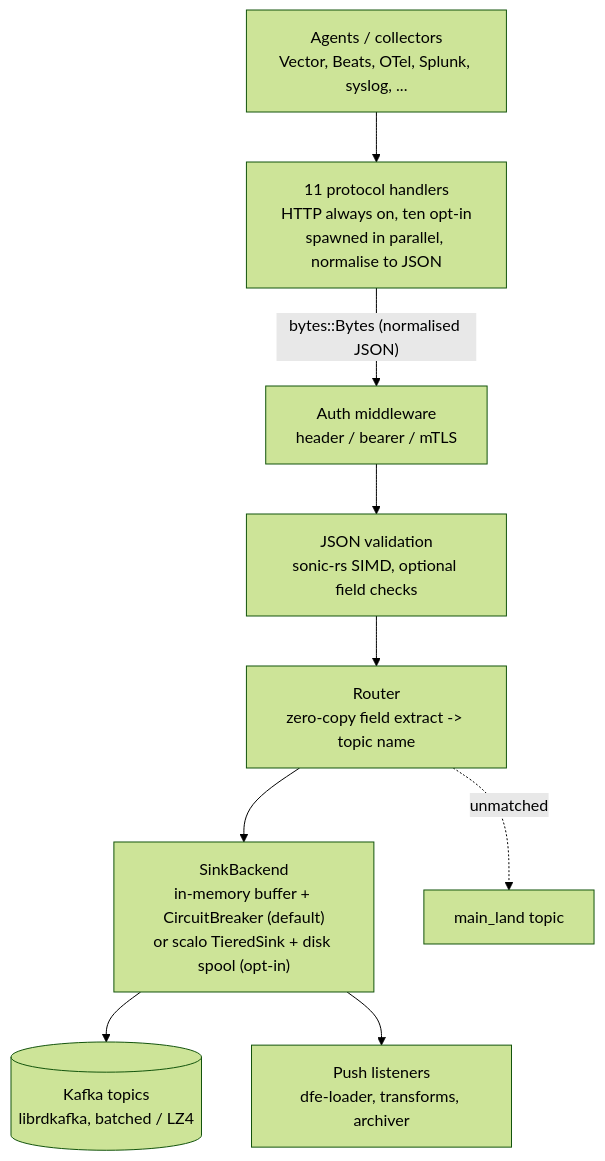
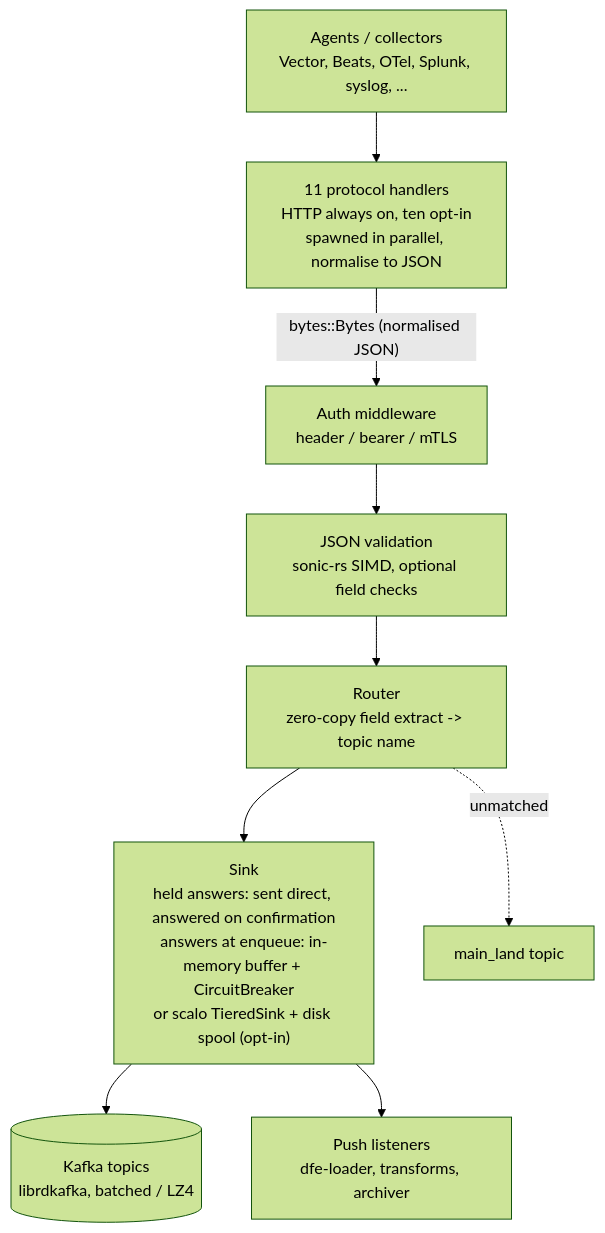
The diagram in README.md (hyperi-io/dfe-receiver), drawn with Mermaid (forest theme) before and after one commit. The commit also changed other lines of this file and 53 other files, not shown here.

````diff
--- a/README.md
+++ b/README.md
@@ -316,12 +318,12 @@
 ```mermaid
 flowchart TB
     SRC["Agents / collectors<br/>Vector, Beats, OTel, Splunk, syslog, ..."]
     SRC --> H["11 protocol handlers<br/>HTTP always on, ten opt-in<br/>spawned in parallel, normalise to JSON"]
     H -->|"bytes::Bytes (normalised JSON)"| AUTH["Auth middleware<br/>header / bearer / mTLS"]
     AUTH --> VAL["JSON validation<br/>sonic-rs SIMD, optional field checks"]
     VAL --> RT["Router<br/>zero-copy field extract -> topic name"]
-    RT --> TS["SinkBackend<br/>in-memory buffer + CircuitBreaker (default)<br/>or scalo TieredSink + disk spool (opt-in)"]
+    RT --> TS["Sink<br/>held answers: sent direct, answered on confirmation<br/>answers at enqueue: in-memory buffer + CircuitBreaker<br/>or scalo TieredSink + disk spool (opt-in)"]
     TS --> KAFKA[("Kafka topics<br/>librdkafka, batched / LZ4")]
     TS --> GRPC["Push listeners<br/>dfe-loader, transforms, archiver"]
     RT -. unmatched .-> DEF["main_land topic"]
 ```
````
